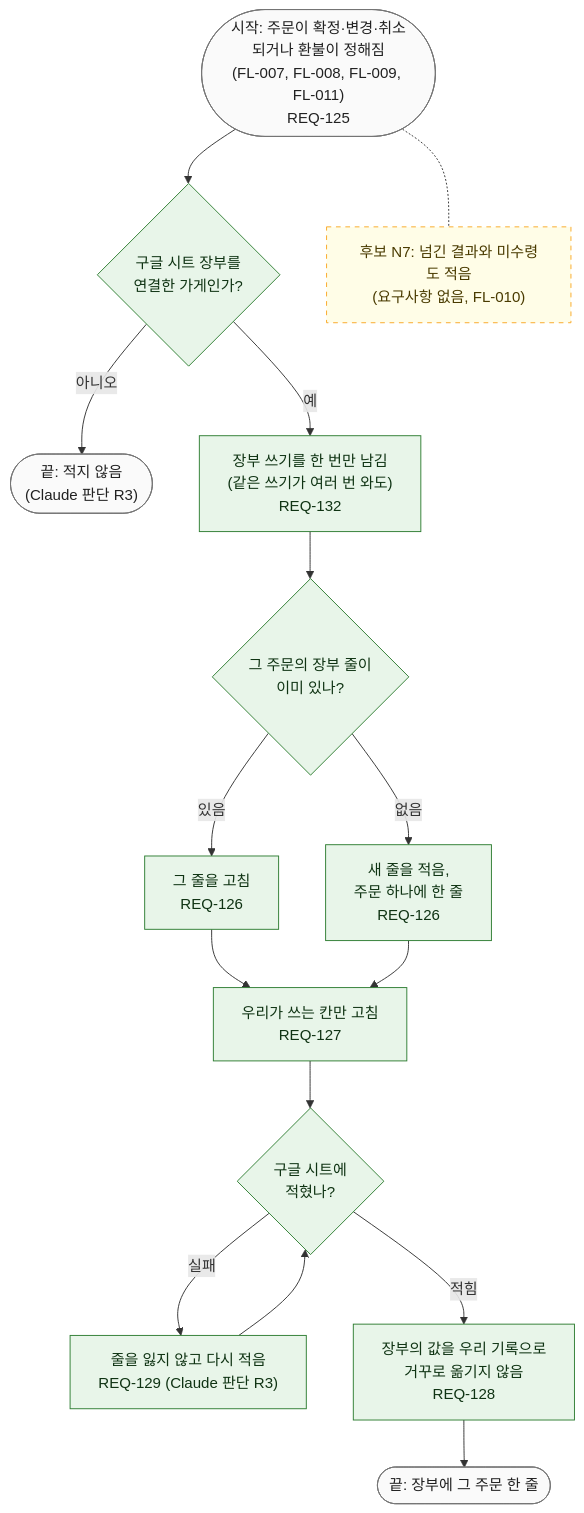
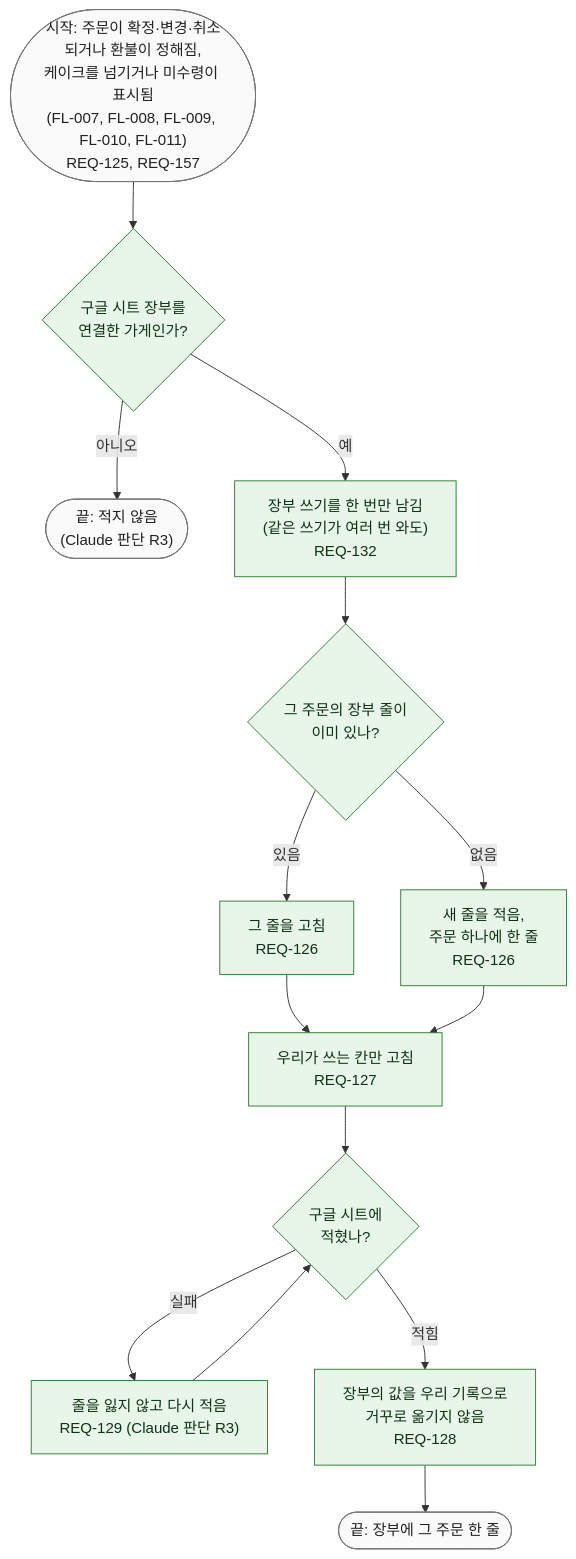
One commit to kodonghui/siljang.ai changed the diagram in docs/03-user-flow/FL-013-ledger.md. Above: the diagram before and after it, drawn with Mermaid. The commit also changed other lines of this file and 17 other files, not shown here.

First line of the commit message:
docs(flow): 03단계 확정을 반영하고 요구사항 2판을 더함

````diff
--- a/docs/03-user-flow/FL-013-ledger.md
+++ b/docs/03-user-flow/FL-013-ledger.md
@@ -18,33 +18,29 @@
 ```mermaid
 flowchart TD
-  S(["시작: 주문이 확정·변경·취소되거나 환불이 정해짐<br/>(FL-007, FL-008, FL-009, FL-011)<br/>REQ-125"])
+  S(["시작: 주문이 확정·변경·취소되거나 환불이 정해짐,<br/>케이크를 넘기거나 미수령이 표시됨<br/>(FL-007, FL-008, FL-009, FL-010, FL-011)<br/>REQ-125, REQ-157"])
   D0{"구글 시트 장부를<br/>연결한 가게인가?"}
   E0(["끝: 적지 않음<br/>(Claude 판단 R3)"])
   L1["장부 쓰기를 한 번만 남김<br/>(같은 쓰기가 여러 번 와도)<br/>REQ-132"]
   D1{"그 주문의 장부 줄이<br/>이미 있나?"}
   L2["그 줄을 고침<br/>REQ-126"]
   L3["새 줄을 적음,<br/>주문 하나에 한 줄<br/>REQ-126"]
   L4["우리가 쓰는 칸만 고침<br/>REQ-127"]
   D2{"구글 시트에<br/>적혔나?"}
   L5["줄을 잃지 않고 다시 적음<br/>REQ-129 (Claude 판단 R3)"]
   L6["장부의 값을 우리 기록으로<br/>거꾸로 옮기지 않음<br/>REQ-128"]
-  G7["후보 N7: 넘긴 결과와 미수령도 적음<br/>(요구사항 없음, FL-010)"]
   E1(["끝: 장부에 그 주문 한 줄"])
 
   S --> D0
-  S -.- G7
   D0 -->|"아니오"| E0
   D0 -->|"예"| L1 --> D1
   D1 -->|"있음"| L2 --> L4
   D1 -->|"없음"| L3 --> L4
   L4 --> D2
   D2 -->|"실패"| L5 --> D2
   D2 -->|"적힘"| L6 --> E1
 
   classDef svc fill:#e8f5e9,stroke:#2e7d32,color:#0f3313
-  classDef gap fill:#fffde7,stroke:#f9a825,stroke-dasharray:5 5,color:#4a3b00
   classDef term fill:#fafafa,stroke:#757575,color:#212121
   class D0,L1,D1,L2,L3,L4,D2,L5,L6 svc
-  class G7 gap
   class S,E0,E1 term
 ```
````
